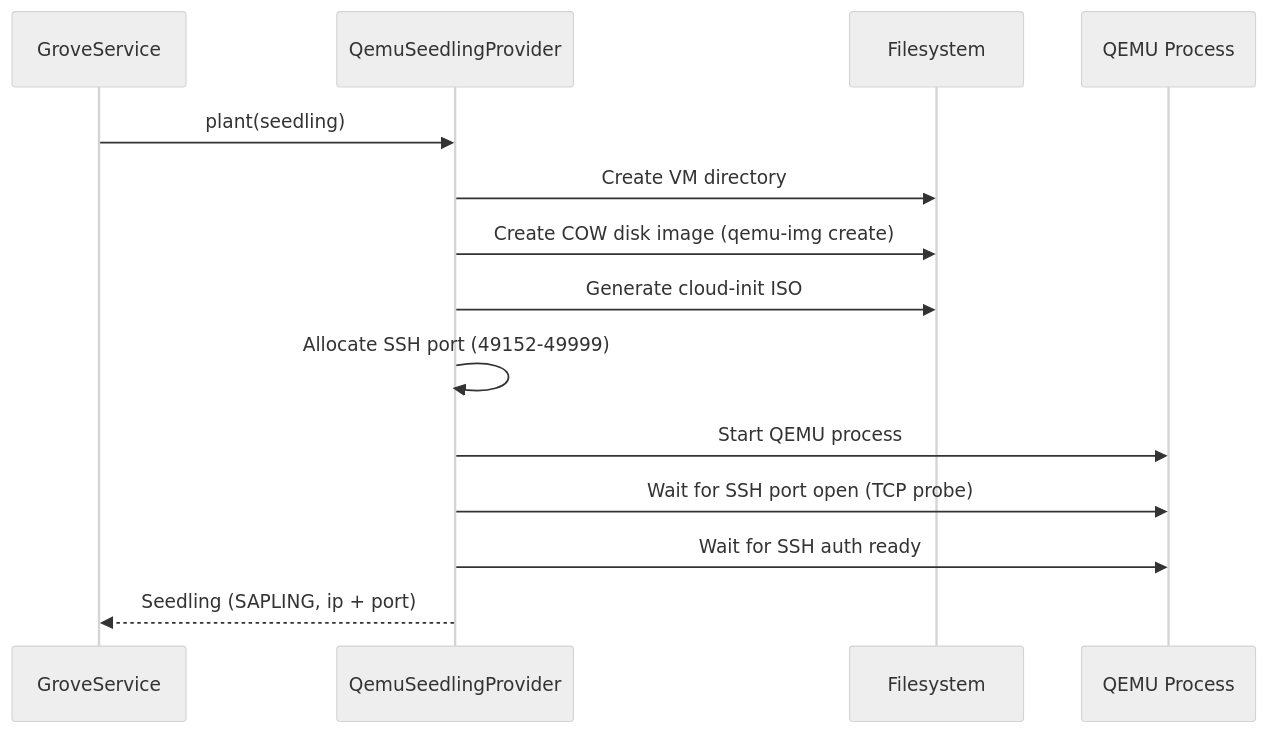
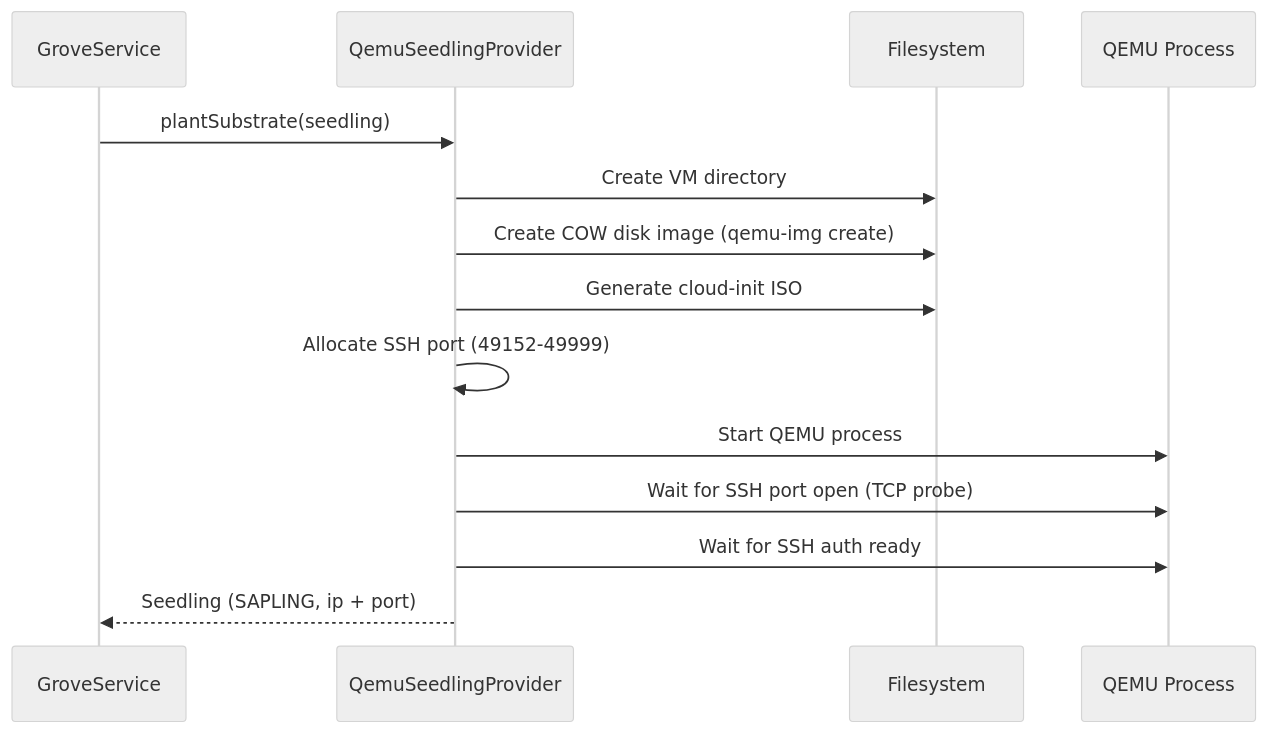
Before and after one commit to orchard-cde/orchard: the fourth of 9 diagrams in docs/architecture/platform-architecture.md, drawn with Mermaid (neutral theme). The commit also changed other lines of this file and 19 other files, not shown here.

````diff
--- a/docs/architecture/platform-architecture.md
+++ b/docs/architecture/platform-architecture.md
@@ -217,17 +228,17 @@
 ```mermaid
 sequenceDiagram
     participant GS as GroveService
     participant QP as QemuSeedlingProvider
     participant FS as Filesystem
     participant VM as QEMU Process
 
-    GS->>QP: plant(seedling)
+    GS->>QP: plantSubstrate(seedling)
     QP->>FS: Create VM directory
     QP->>FS: Create COW disk image (qemu-img create)
     QP->>FS: Generate cloud-init ISO
     QP->>QP: Allocate SSH port (49152-49999)
     QP->>VM: Start QEMU process
     QP->>VM: Wait for SSH port open (TCP probe)
     QP->>VM: Wait for SSH auth ready
     QP-->>GS: Seedling (SAPLING, ip + port)
 ```
````
